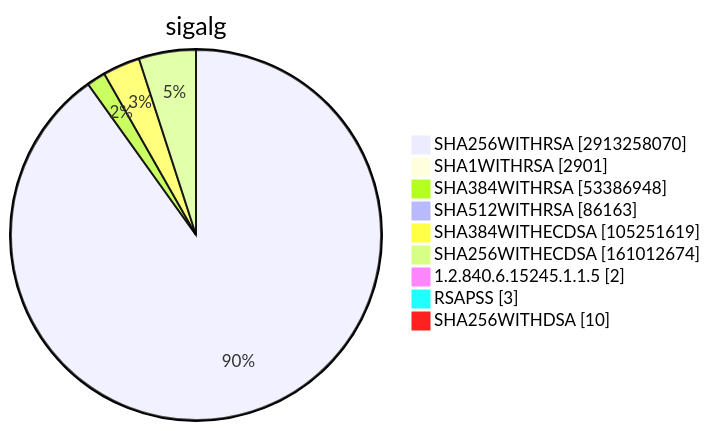
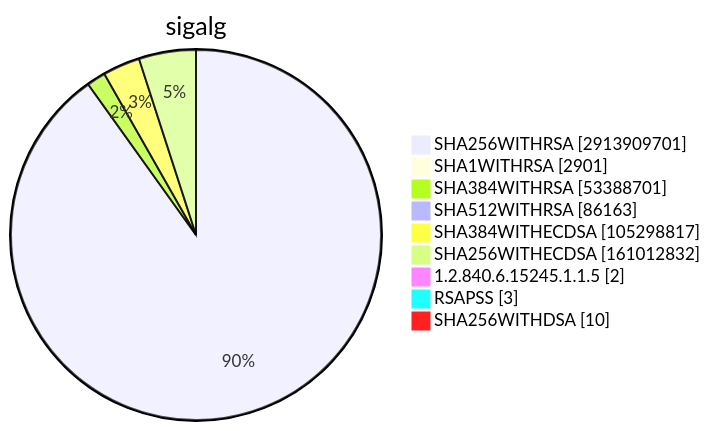
Before and after one commit to christiankrug/ctmonitor_visualization: diagram 15 of 15 in TOTAL/README.md, drawn with Mermaid. The commit also changed other lines of this file, not shown here.

````diff
--- a/TOTAL/README.md
+++ b/TOTAL/README.md
@@ -6207,13 +6207,13 @@
 ```mermaid
 pie showData
 title sigalg
-"SHA256WITHRSA" :2913258070
+"SHA256WITHRSA" :2913909701
 "SHA1WITHRSA" :2901
-"SHA384WITHRSA" :53386948
+"SHA384WITHRSA" :53388701
 "SHA512WITHRSA" :86163
-"SHA384WITHECDSA" :105251619
-"SHA256WITHECDSA" :161012674
+"SHA384WITHECDSA" :105298817
+"SHA256WITHECDSA" :161012832
 "1.2.840.6.15245.1.1.5" :2
 "RSAPSS" :3
 "SHA256WITHDSA" :10
 ```
````
